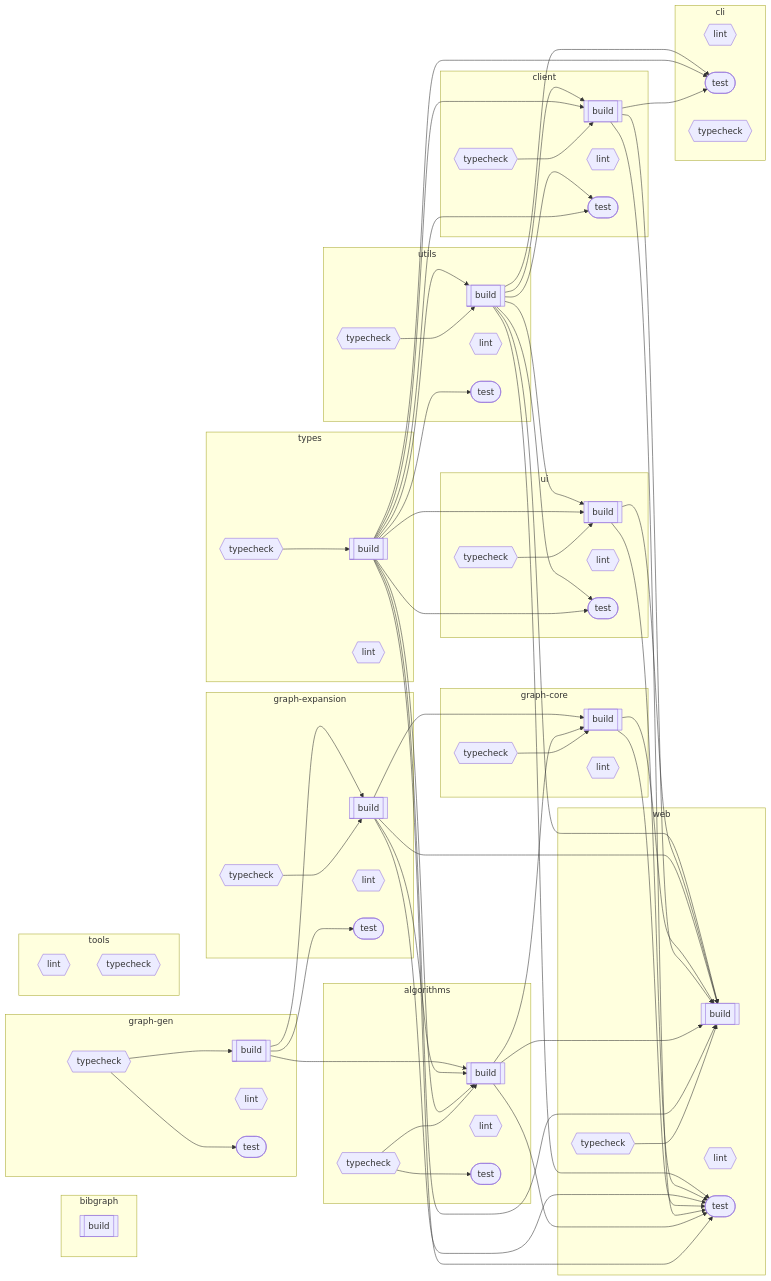
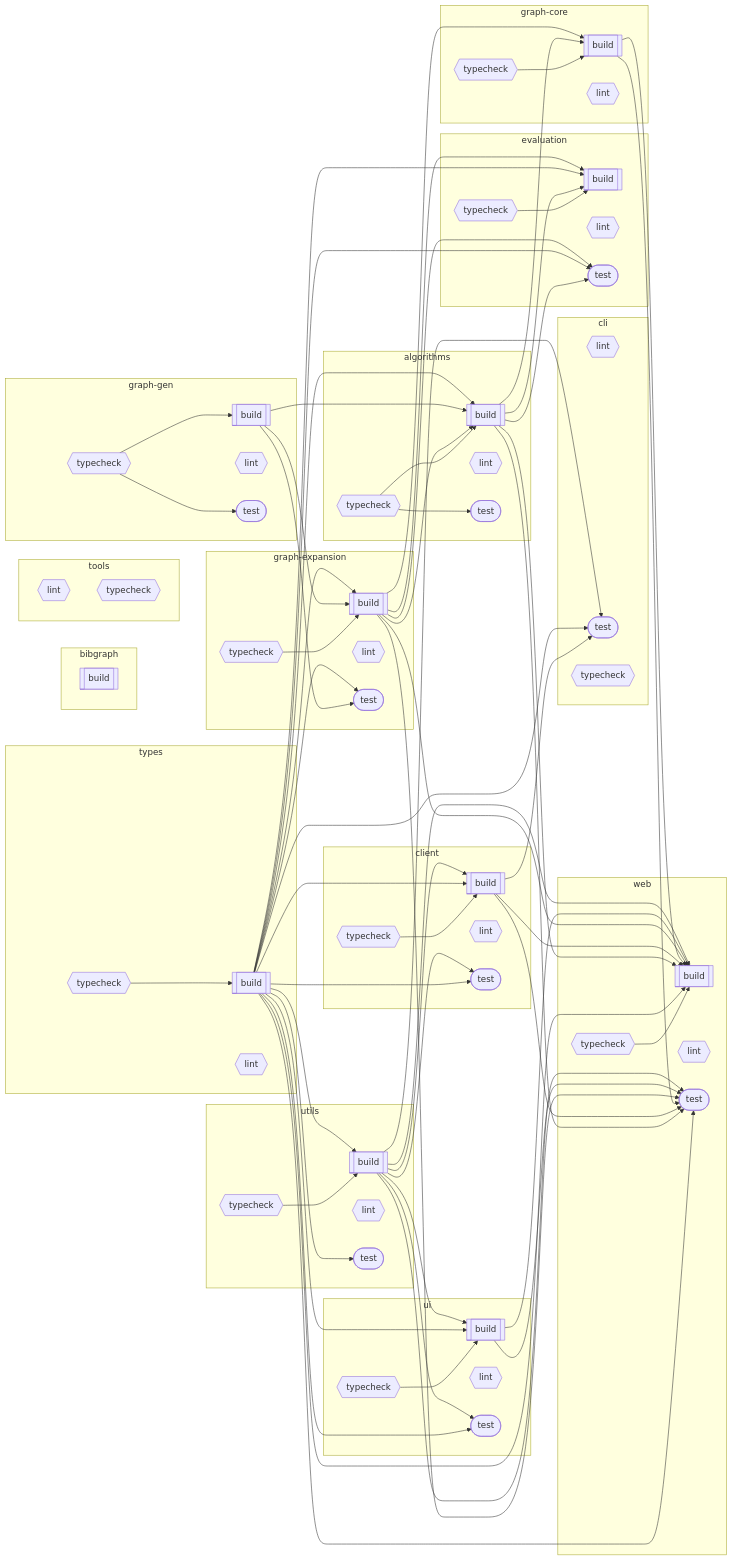
Before and after one commit to Mearman/BibGraph: the diagram in README.md, drawn with Mermaid.

Commit message:
docs(docs): update task dependency graph with evaluation package

```diff
--- a/README.md
+++ b/README.md
@@ -130,6 +130,13 @@
         client_lint{{"lint"}}
         client_test(["test"])
         client_typecheck{{"typecheck"}}
+    end
+
+    subgraph evaluation["evaluation"]
+        evaluation_build[["build"]]
+        evaluation_lint{{"lint"}}
+        evaluation_test(["test"])
+        evaluation_typecheck{{"typecheck"}}
     end
 
     subgraph graph_core["graph-core"]
@@ -186,9 +193,9 @@
 
     %% Task dependencies
     algorithms_typecheck --> algorithms_build
-    types_build --> algorithms_build
     graph_expansion_build --> algorithms_build
     graph_gen_build --> algorithms_build
+    types_build --> algorithms_build
     algorithms_typecheck --> algorithms_test
     client_build --> cli_test
     types_build --> cli_test
@@ -198,12 +205,21 @@
     utils_build --> client_build
     types_build --> client_test
     utils_build --> client_test
+    evaluation_typecheck --> evaluation_build
+    algorithms_build --> evaluation_build
+    types_build --> evaluation_build
+    graph_expansion_build --> evaluation_build
+    algorithms_build --> evaluation_test
+    types_build --> evaluation_test
+    graph_expansion_build --> evaluation_test
     graph_core_typecheck --> graph_core_build
     algorithms_build --> graph_core_build
     graph_expansion_build --> graph_core_build
     graph_expansion_typecheck --> graph_expansion_build
     graph_gen_build --> graph_expansion_build
+    types_build --> graph_expansion_build
     graph_gen_build --> graph_expansion_test
+    types_build --> graph_expansion_test
     graph_gen_typecheck --> graph_gen_build
     graph_gen_typecheck --> graph_gen_test
     types_typecheck --> types_build
```
